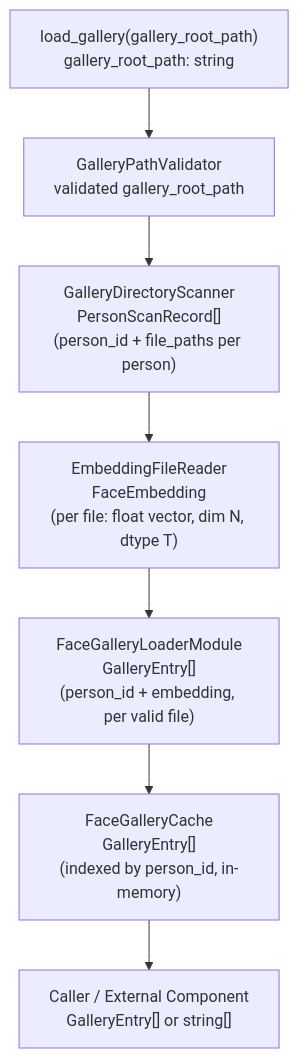
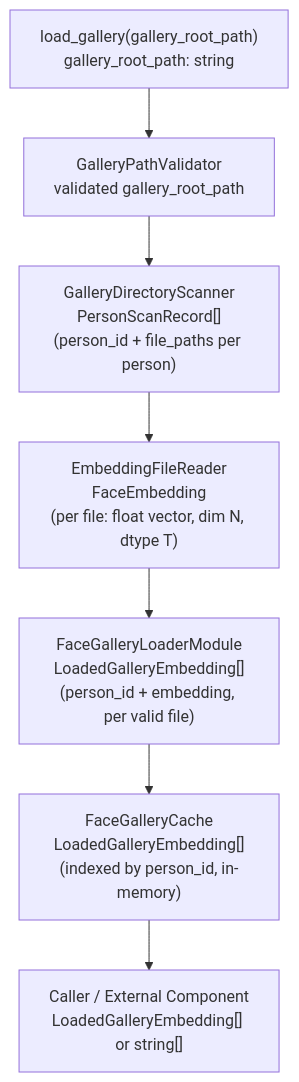
One commit to talifruman/camera-recognition changed the third of 3 diagrams in doc/image_processing_service/face_gallery_loader.md. Above: the diagram before and after it, drawn with Mermaid. The commit also changed other lines of this file and 203 other files, not shown here.

````diff
--- a/doc/image_processing_service/face_gallery_loader.md
+++ b/doc/image_processing_service/face_gallery_loader.md
@@ -480,17 +497,17 @@
 ```mermaid
 flowchart TD
     A["load_gallery(gallery_root_path)<br/>gallery_root_path: string"]
     B["GalleryPathValidator<br/>validated gallery_root_path"]
     C["GalleryDirectoryScanner<br/>PersonScanRecord[]<br/>(person_id + file_paths per person)"]
     D["EmbeddingFileReader<br/>FaceEmbedding<br/>(per file: float vector, dim N, dtype T)"]
-    E["FaceGalleryLoaderModule<br/>GalleryEntry[]<br/>(person_id + embedding, per valid file)"]
-    F["FaceGalleryCache<br/>GalleryEntry[]<br/>(indexed by person_id, in-memory)"]
-    G["Caller / External Component<br/>GalleryEntry[] or string[]"]
+    E["FaceGalleryLoaderModule<br/>LoadedGalleryEmbedding[]<br/>(person_id + embedding, per valid file)"]
+    F["FaceGalleryCache<br/>LoadedGalleryEmbedding[]<br/>(indexed by person_id, in-memory)"]
+    G["Caller / External Component<br/>LoadedGalleryEmbedding[] or string[]"]
 
     A --> B
     B --> C
     C --> D
     D --> E
     E --> F
     F --> G
 ```
````
